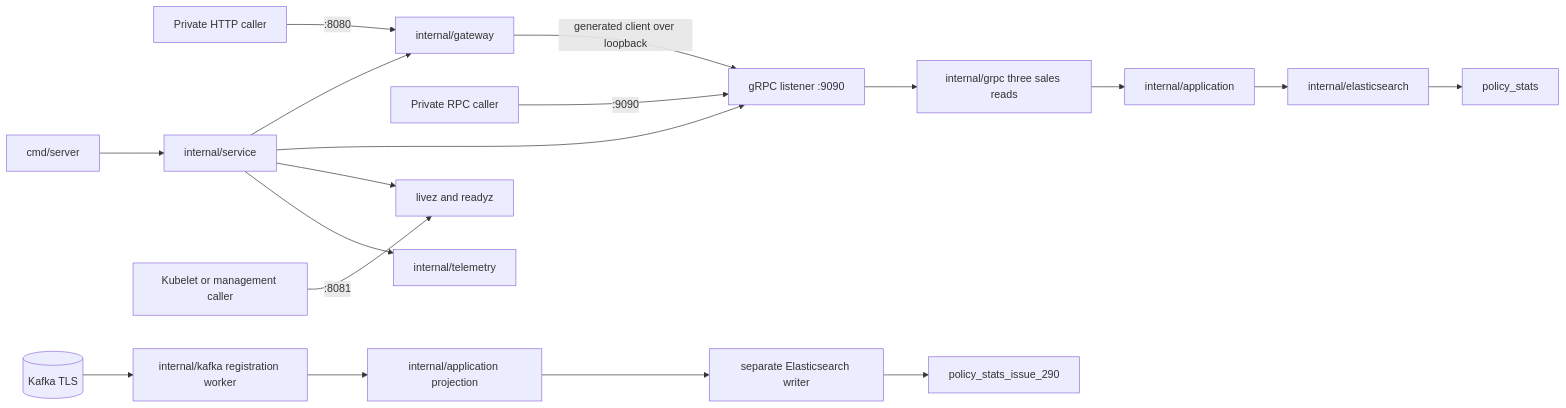
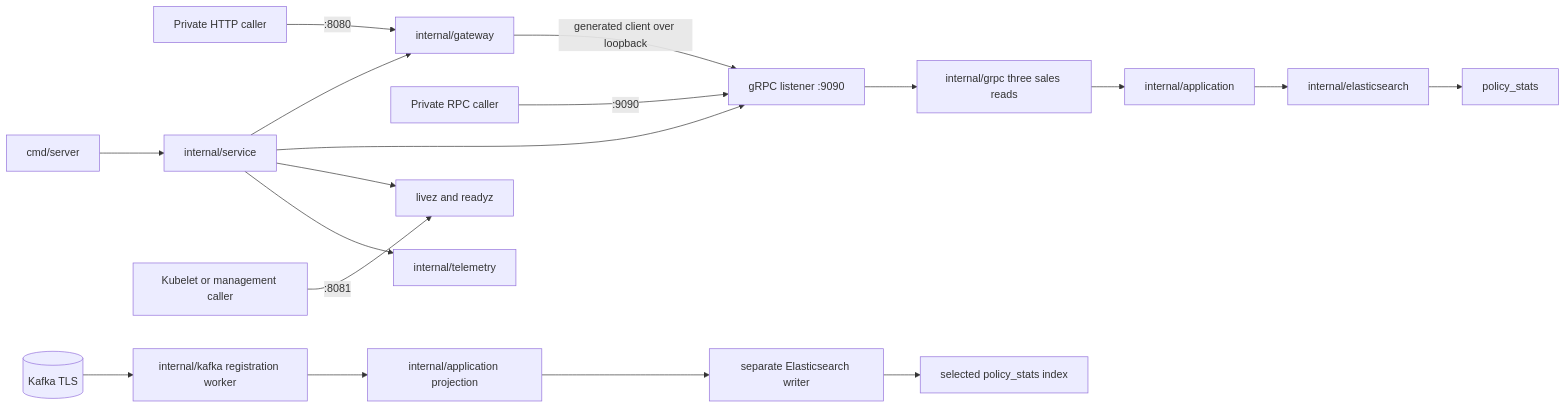
One commit to igor-baiborodine/insurance-hub changed the diagram in services/dashboard-service/README.md. Above: the diagram before and after it, drawn with Mermaid. The commit also changed other lines of this file and 25 other files, not shown here.

````diff
--- a/services/dashboard-service/README.md
+++ b/services/dashboard-service/README.md
@@ -53,20 +52,20 @@
 ```mermaid
 flowchart LR
     caller["Private HTTP caller"] -->|":8080"| gateway["internal/gateway"]
     gateway -->|"generated client over loopback"| listener["gRPC listener :9090"]
     direct["Private RPC caller"] -->|":9090"| listener
     listener --> query["internal/grpc three sales reads"]
     query --> usecase["internal/application"]
     usecase --> reader["internal/elasticsearch"]
     reader --> es["policy_stats"]
     broker[("Kafka TLS")] --> worker["internal/kafka registration worker"]
     worker --> projection["internal/application projection"]
     projection --> writer["separate Elasticsearch writer"]
-    writer --> isolated["policy_stats_issue_290"]
+    writer --> selected["selected policy_stats index"]
     probes["Kubelet or management caller"] -->|":8081"| health["livez and readyz"]
     entry["cmd/server"] --> composition["internal/service"]
     composition --> gateway
     composition --> listener
     composition --> health
     composition --> telemetry["internal/telemetry"]
 ```
````
